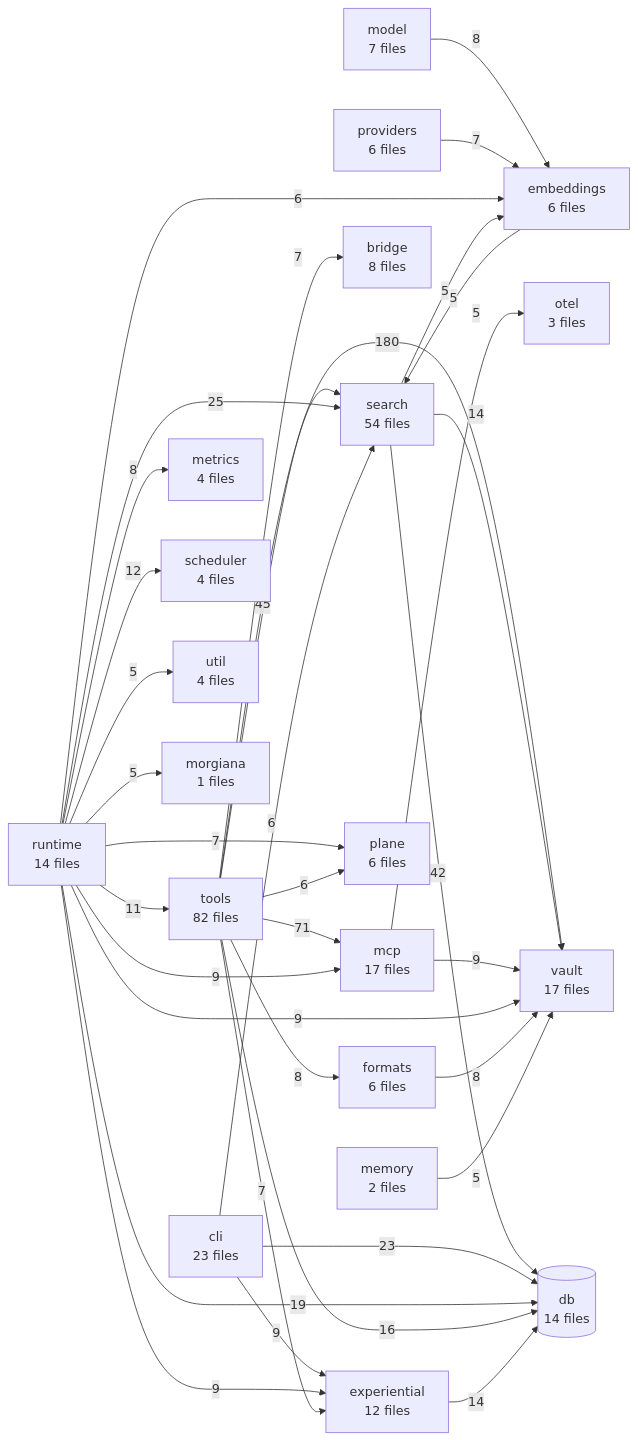
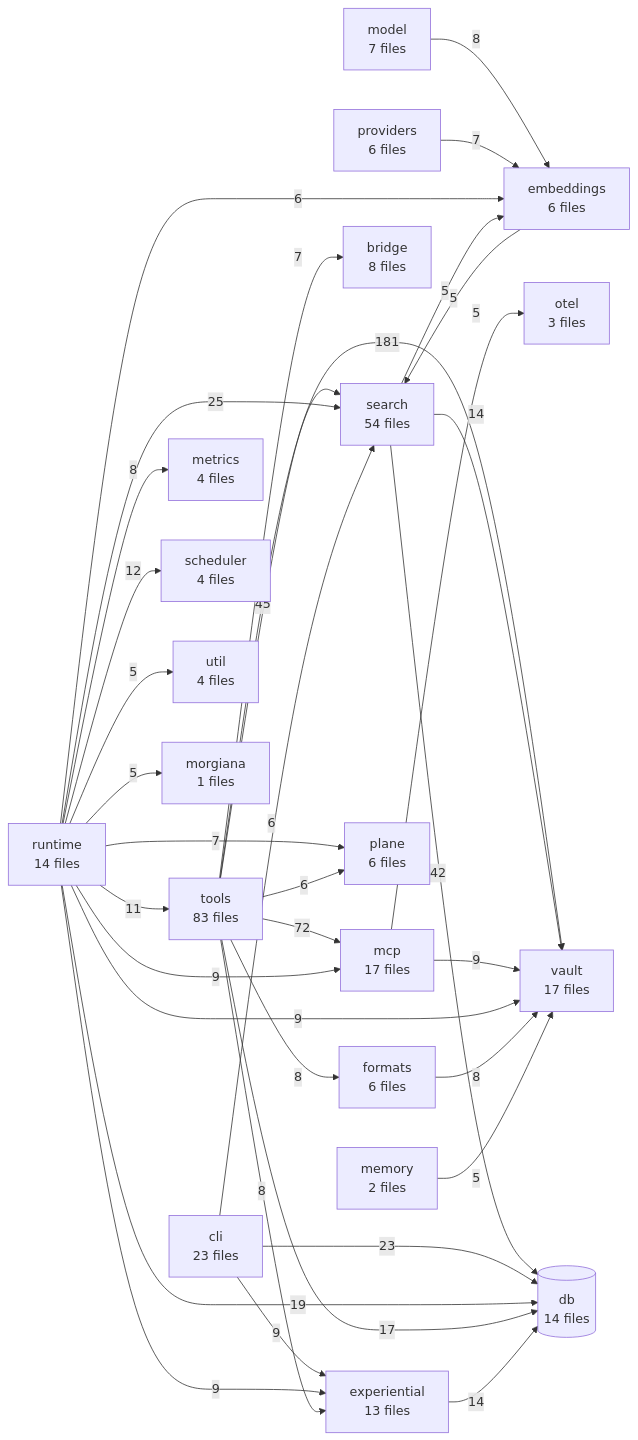
Before and after one commit to The-40-Thieves/obsidian-tc: the diagram in TREE.md, drawn with Mermaid. The commit also changed other lines of this file and 23 other files, not shown here.

````diff
--- a/TREE.md
+++ b/TREE.md
@@ -301,58 +301,58 @@
 ```mermaid
 flowchart LR
-  tools[tools<br/>82 files]
+  tools[tools<br/>83 files]
   search[search<br/>54 files]
   cli[cli<br/>23 files]
   mcp[mcp<br/>17 files]
   vault[vault<br/>17 files]
   db[(db<br/>14 files)]
   runtime[runtime<br/>14 files]
-  experiential[experiential<br/>12 files]
+  experiential[experiential<br/>13 files]
   bridge[bridge<br/>8 files]
   model[model<br/>7 files]
   embeddings[embeddings<br/>6 files]
   formats[formats<br/>6 files]
   plane[plane<br/>6 files]
   providers[providers<br/>6 files]
   metrics[metrics<br/>4 files]
   scheduler[scheduler<br/>4 files]
   util[util<br/>4 files]
   otel[otel<br/>3 files]
   memory[memory<br/>2 files]
   morgiana[morgiana<br/>1 files]
 
-  tools -->|180| vault
-  tools -->|71| mcp
+  tools -->|181| vault
+  tools -->|72| mcp
   tools -->|45| search
   search -->|42| db
   runtime -->|25| search
   cli -->|23| db
   runtime -->|19| db
-  tools -->|16| db
+  tools -->|17| db
   experiential -->|14| db
   search -->|14| vault
   runtime -->|12| scheduler
   runtime -->|11| tools
   cli -->|9| experiential
   mcp -->|9| vault
   runtime -->|9| experiential
   runtime -->|9| vault
   runtime -->|9| mcp
   formats -->|8| vault
   model -->|8| embeddings
   runtime -->|8| metrics
+  tools -->|8| experiential
   tools -->|8| formats
   providers -->|7| embeddings
   runtime -->|7| plane
-  tools -->|7| experiential
   tools -->|7| bridge
   cli -->|6| search
   runtime -->|6| embeddings
   tools -->|6| plane
   embeddings -->|5| search
   mcp -->|5| otel
   memory -->|5| vault
   runtime -->|5| util
   runtime -->|5| morgiana
   search -->|5| embeddings
 ```
````
